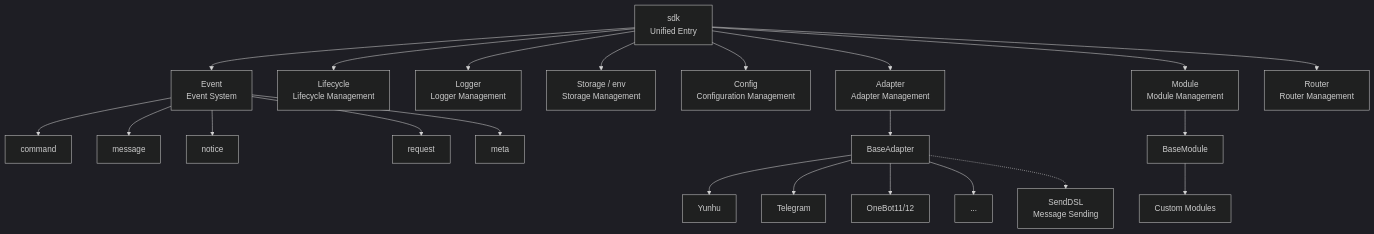
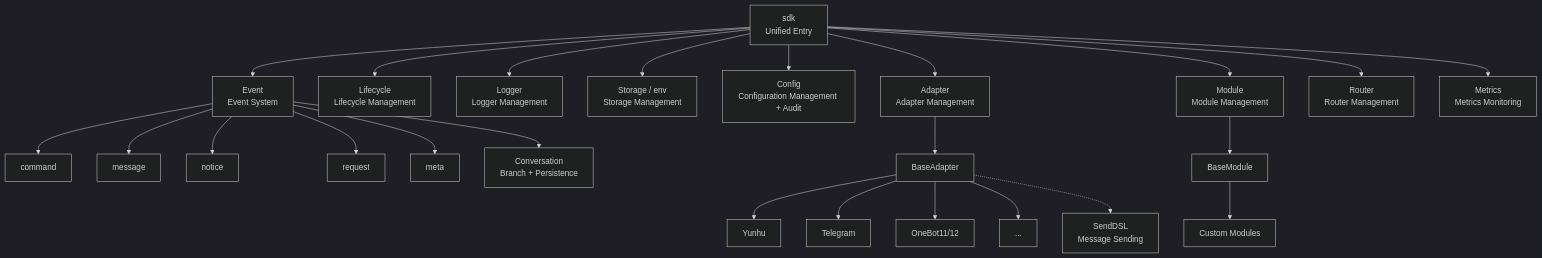
The first of 5 diagrams in docs/en/ai-support/prompts/ErisPulse-AdapterDev.md (ErisPulse/ErisPulse), drawn with Mermaid (dark theme) before and after one commit. The commit also changed other lines of this file and 62 other files, not shown here.

````diff
--- a/docs/en/ai-support/prompts/ErisPulse-AdapterDev.md
+++ b/docs/en/ai-support/prompts/ErisPulse-AdapterDev.md
@@ -52,30 +52,32 @@
 ```mermaid
 graph TB
     SDK["sdk<br/>Unified Entry"]
 
     SDK --> Event["Event<br/>Event System"]
     SDK --> Lifecycle["Lifecycle<br/>Lifecycle Management"]
     SDK --> Logger["Logger<br/>Logger Management"]
     SDK --> Storage["Storage / env<br/>Storage Management"]
-    SDK --> Config["Config<br/>Configuration Management"]
+    SDK --> Config["Config<br/>Configuration Management + Audit"]
     SDK --> AdapterMgr["Adapter<br/>Adapter Management"]
     SDK --> ModuleMgr["Module<br/>Module Management"]
     SDK --> Router["Router<br/>Router Management"]
+    SDK --> Metrics["Metrics<br/>Metrics Monitoring"]
 
     Event --> Command["command"]
     Event --> Message["message"]
     Event --> Notice["notice"]
     Event --> Request["request"]
     Event --> Meta["meta"]
+    Event --> Conversation["Conversation<br/>Branch + Persistence"]
 
     AdapterMgr --> BaseAdapter["BaseAdapter"]
     BaseAdapter --> P1["Yunhu"]
     BaseAdapter --> P2["Telegram"]
     BaseAdapter --> P3["OneBot11/12"]
     BaseAdapter --> PN["..."]
 
     ModuleMgr --> BaseModule["BaseModule"]
     BaseModule --> CM["Custom Modules"]
 
     BaseAdapter -.-> SendDSL["SendDSL<br/>Message Sending"]
 ```
````
